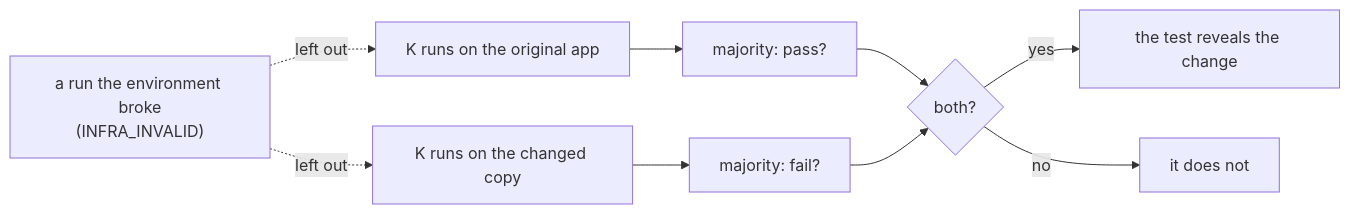
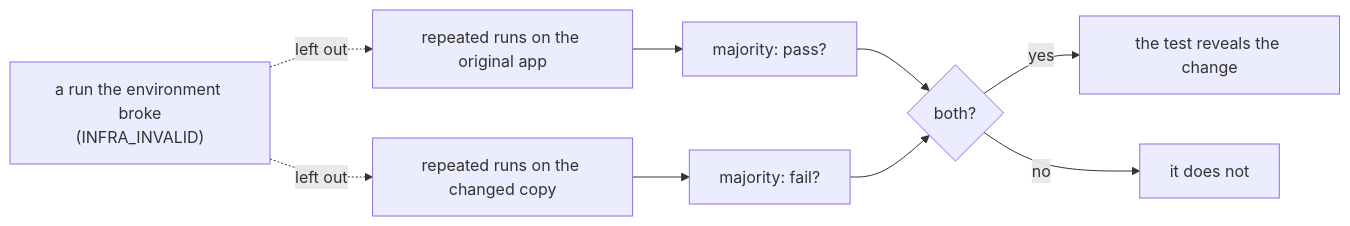
The second of 2 diagrams in trace-eval/docs/RESEARCH_PLAN.md (unibuc-cs/TestingTheAgents), drawn with Mermaid before and after one commit. The commit also changed other lines of this file and 25 other files, not shown here.

````diff
--- a/trace-eval/docs/RESEARCH_PLAN.md
+++ b/trace-eval/docs/RESEARCH_PLAN.md
@@ -164,11 +164,11 @@
 ```mermaid
 flowchart LR
-    B["K runs on the original app"] --> PB["majority: pass?"]
-    V["K runs on the changed copy"] --> PV["majority: fail?"]
+    B["repeated runs on the original app"] --> PB["majority: pass?"]
+    V["repeated runs on the changed copy"] --> PV["majority: fail?"]
     PB --> AND{"both?"}
     PV --> AND
     AND -->|"yes"| REV["the test reveals the change"]
     AND -->|"no"| NO["it does not"]
     I["a run the environment broke<br/>(INFRA_INVALID)"] -.->|"left out"| B
     I -.->|"left out"| V
 ```
````
